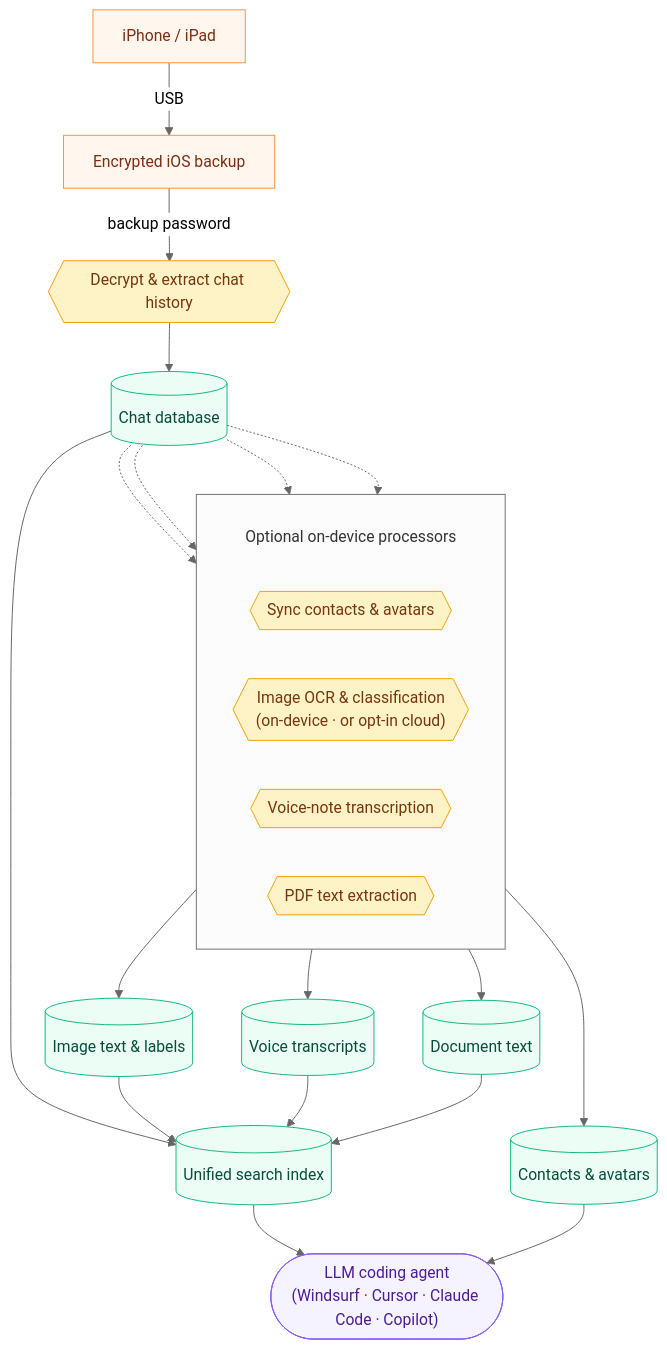
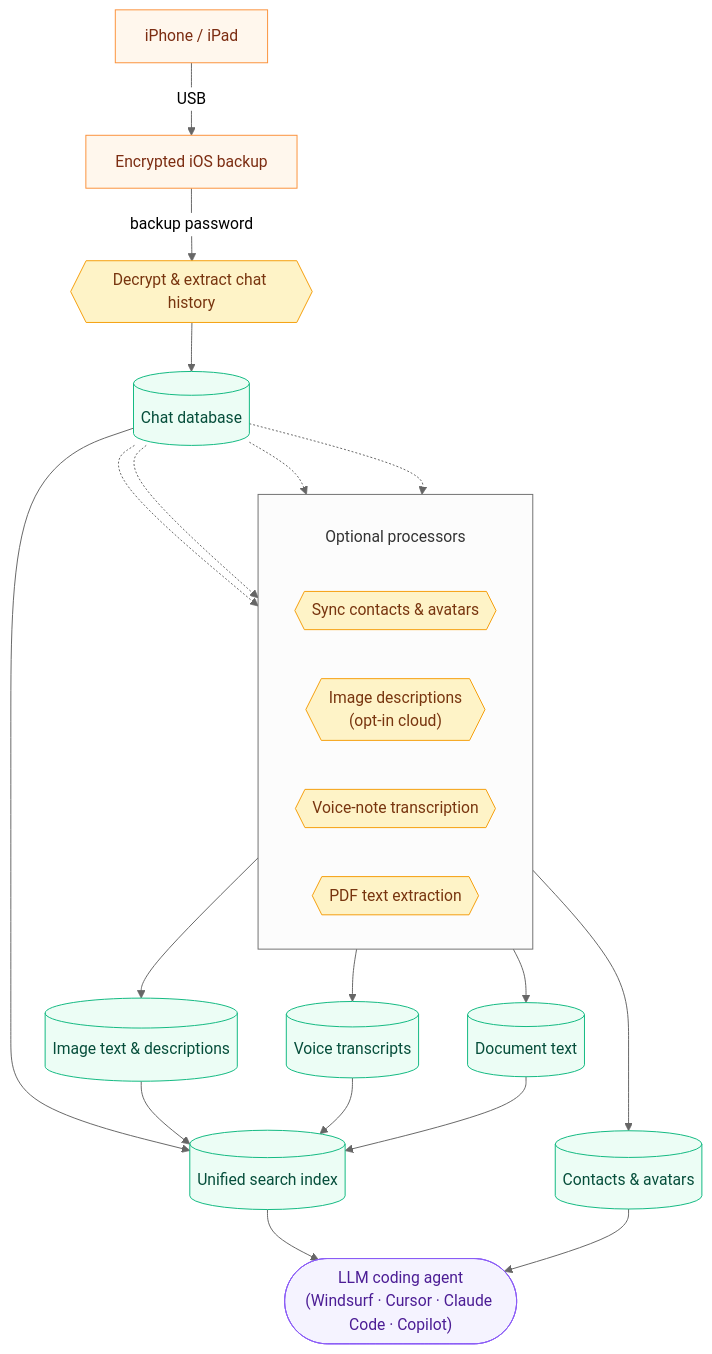
One commit to alkait/WhatsKept changed the diagram in README.md. Above: the diagram before and after it, drawn with Mermaid (neutral theme). The commit also changed other lines of this file and 12 other files, not shown here.

````diff
--- a/README.md
+++ b/README.md
@@ -135,46 +131,46 @@
 ```mermaid
 %%{init: {'flowchart': {'subGraphTitleMargin': {'top': 32, 'bottom': 32}}}}%%
 flowchart TD
     classDef src    fill:#fff7ed,stroke:#fb923c,color:#7c2d12
     classDef proc   fill:#fef3c7,stroke:#f59e0b,color:#78350f
     classDef data   fill:#ecfdf5,stroke:#10b981,color:#064e3b
     classDef agent  fill:#f5f3ff,stroke:#8b5cf6,color:#4c1d95
 
     IP["iPhone / iPad"]:::src
     BK["Encrypted iOS backup"]:::src
     IP -->|USB| BK
 
     SYNC{{"Decrypt &amp; extract chat history"}}:::proc
     BK -->|backup password| SYNC
 
     DB[("Chat database")]:::data
     SYNC --> DB
 
-    subgraph SIDE["Optional on-device processors"]
+    subgraph SIDE["Optional processors"]
         direction LR
         PS{{"Sync contacts &amp; avatars"}}:::proc
-        MI{{"Image OCR &amp; classification<br/>(on-device · or opt-in cloud)"}}:::proc
+        MI{{"Image descriptions<br/>(opt-in cloud)"}}:::proc
         VI{{"Voice-note transcription"}}:::proc
         XI{{"PDF text extraction"}}:::proc
     end
 
     DB -.-> PS
     DB -.-> MI
     DB -.-> VI
     DB -.-> XI
 
     PS --> AV[("Contacts &amp; avatars")]:::data
-    MI --> IM[("Image text &amp; labels")]:::data
+    MI --> IM[("Image text &amp; descriptions")]:::data
     VI --> VC[("Voice transcripts")]:::data
     XI --> DC[("Document text")]:::data
 
     FTS[("Unified search index")]:::data
     DB --> FTS
     IM --> FTS
     VC --> FTS
     DC --> FTS
 
     AGENT(["LLM coding agent<br/>(Windsurf · Cursor · Claude Code · Copilot)"]):::agent
     FTS --> AGENT
     AV  --> AGENT
 ```
````
